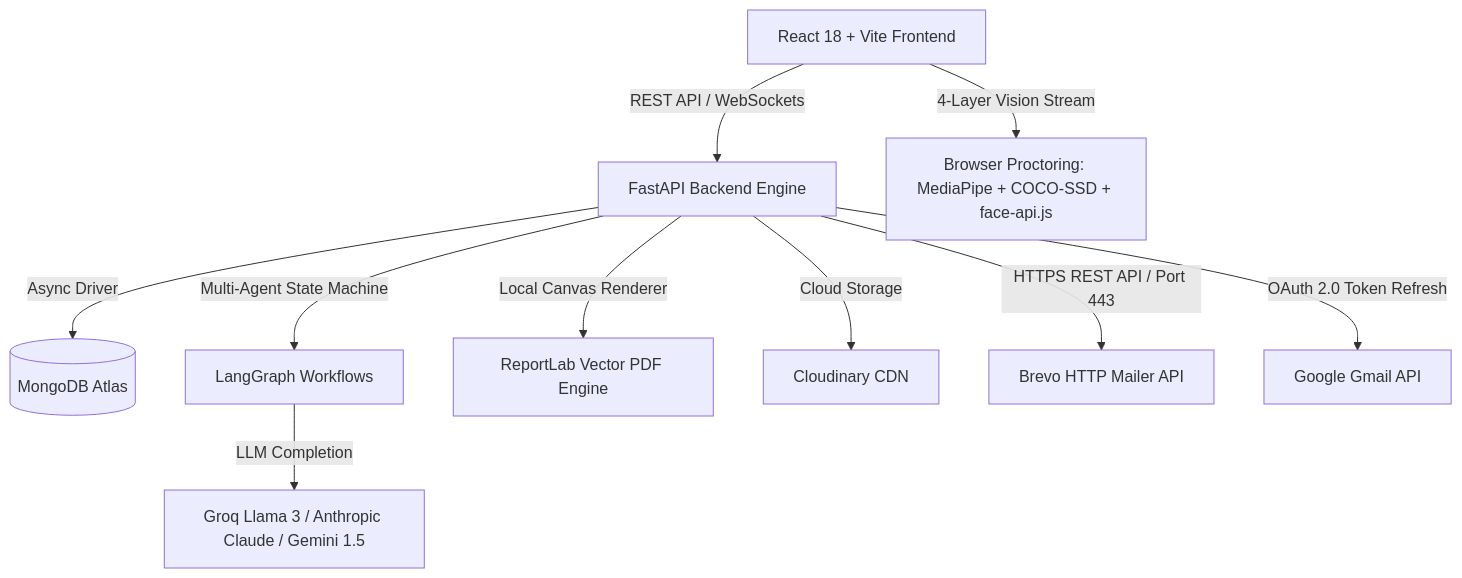
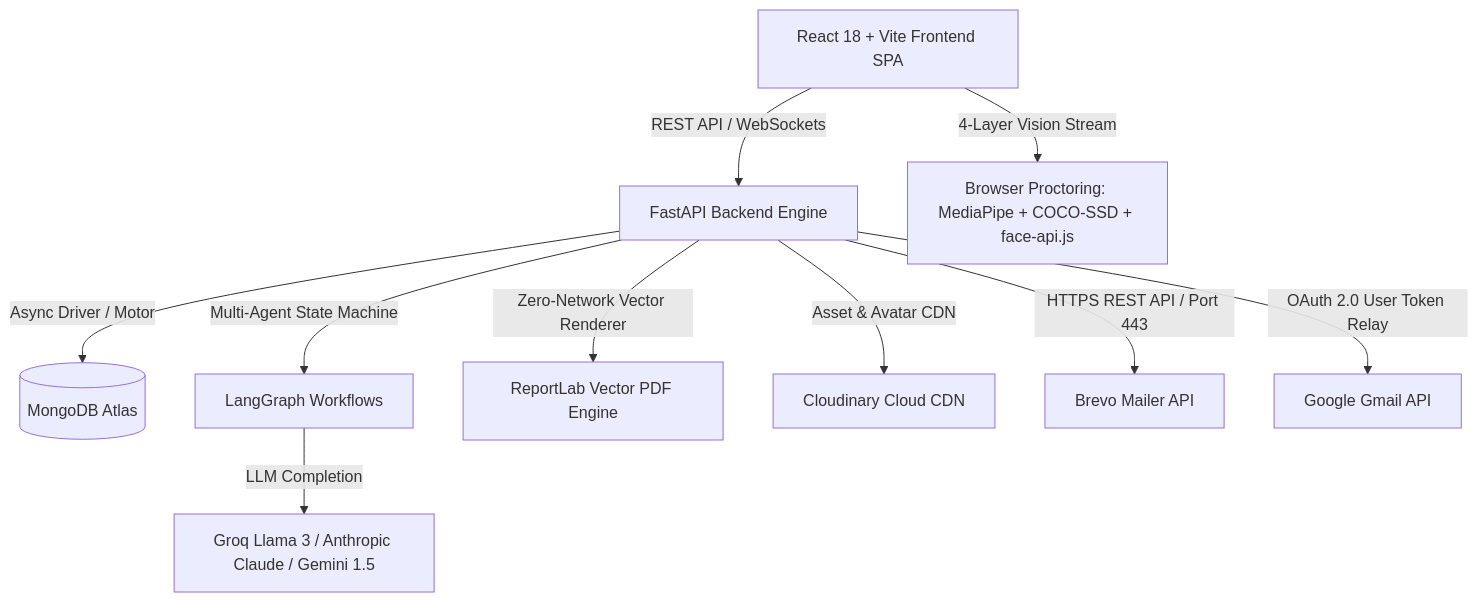
Before and after one commit to agrawalrohit937/Resume-Screening-System: the first of 3 diagrams in README.md, drawn with Mermaid. The commit also changed other lines of this file and 20 other files, not shown here.

````diff
--- a/README.md
+++ b/README.md
@@ -14,12 +23,12 @@
 ```mermaid
 graph TD
-    Client[React 18 + Vite Frontend] -->|REST API / WebSockets| Gateway[FastAPI Backend Engine]
-    Gateway -->|Async Driver| DB[(MongoDB Atlas)]
+    Client[React 18 + Vite Frontend SPA] -->|REST API / WebSockets| Gateway[FastAPI Backend Engine]
+    Gateway -->|Async Driver / Motor| DB[(MongoDB Atlas)]
     Gateway -->|Multi-Agent State Machine| LangGraph[LangGraph Workflows]
     LangGraph -->|LLM Completion| LLM[Groq Llama 3 / Anthropic Claude / Gemini 1.5]
-    Gateway -->|Local Canvas Renderer| PDF[ReportLab Vector PDF Engine]
-    Gateway -->|Cloud Storage| Cloudinary[Cloudinary CDN]
-    Gateway -->|HTTPS REST API / Port 443| Brevo[Brevo HTTP Mailer API]
-    Gateway -->|OAuth 2.0 Token Refresh| Gmail[Google Gmail API]
+    Gateway -->|Zero-Network Vector Renderer| PDF[ReportLab Vector PDF Engine]
+    Gateway -->|Asset & Avatar CDN| Cloudinary[Cloudinary Cloud CDN]
+    Gateway -->|HTTPS REST API / Port 443| Brevo[Brevo Mailer API]
+    Gateway -->|OAuth 2.0 User Token Relay| Gmail[Google Gmail API]
     Client -->|4-Layer Vision Stream| Vision[Browser Proctoring: MediaPipe + COCO-SSD + face-api.js]
 ```
````
